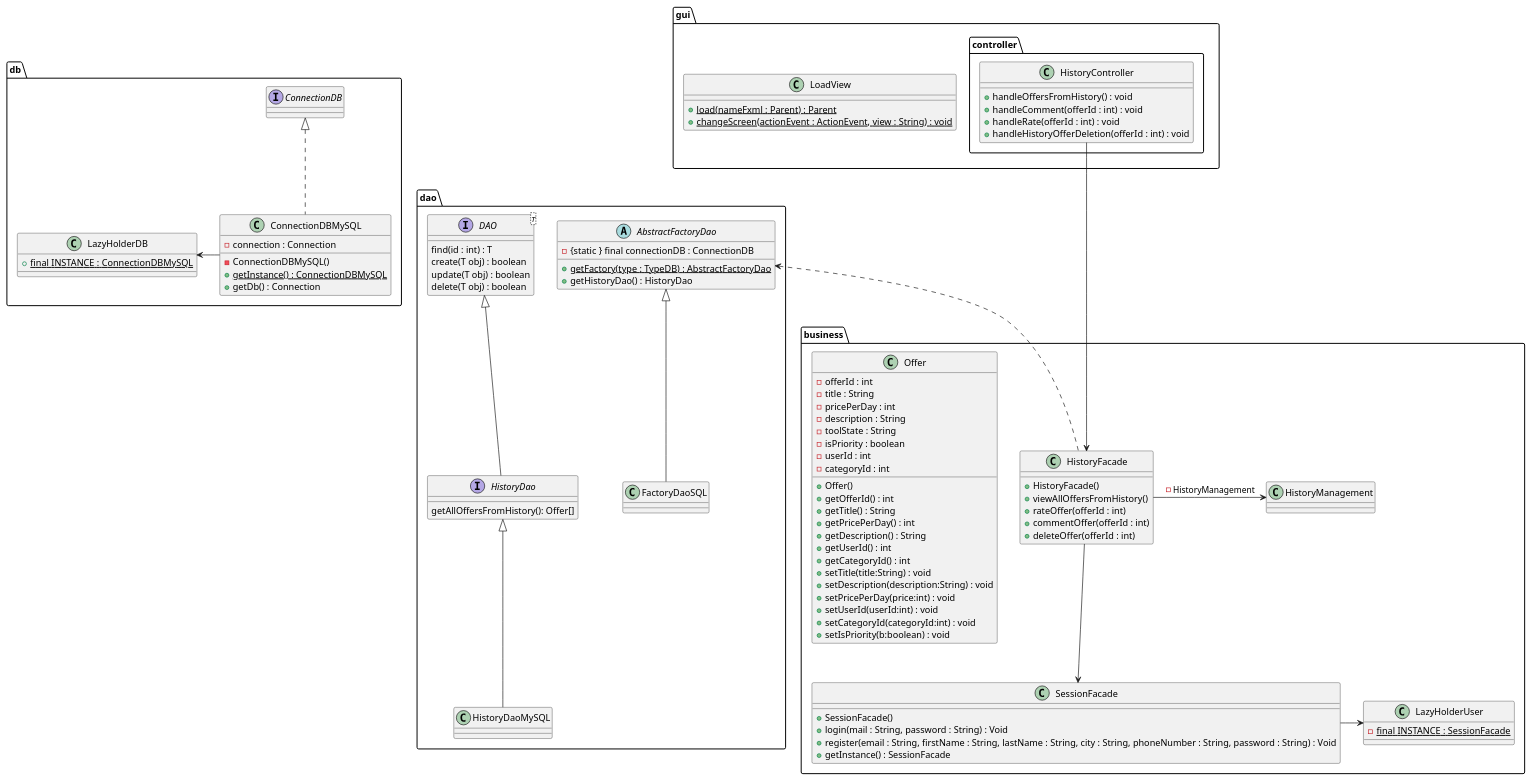
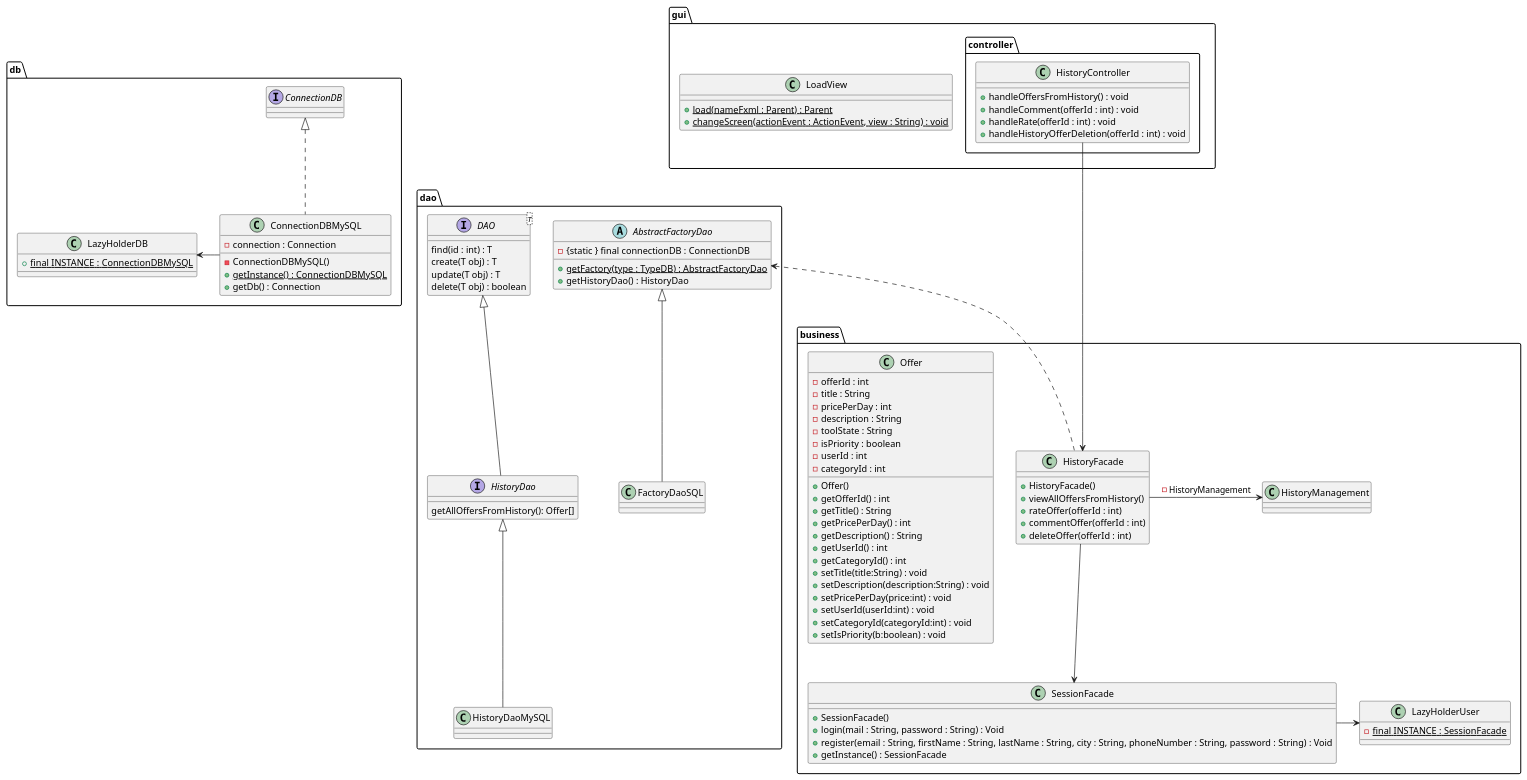
Before and after one commit to LaunoisRemy/ToolShare: the diagram in documents/diagram/history/historyClass.puml, drawn with PlantUML. The commit also changed 6 other files, not shown here.

Commit message:
Fix diagrams evaluation and dao diagrams

```diff
--- a/documents/diagram/history/historyClass.puml
+++ b/documents/diagram/history/historyClass.puml
@@ -1,124 +1,124 @@
 @startuml
 
 package dao {
 
 
     interface HistoryDao{
         getAllOffersFromHistory(): Offer[]
     }
     class HistoryDaoMySQL
     AbstractFactoryDao <|-- FactoryDaoSQL
     HistoryDao <|-- HistoryDaoMySQL
 
     interface DAO<T>{
         find(id : int) : T
-        create(T obj) : boolean
-        update(T obj) : boolean
+        create(T obj) : T
+        update(T obj) : T
         delete(T obj) : boolean
     }
 
     abstract AbstractFactoryDao{
         - {static } final connectionDB : ConnectionDB
         + {static} getFactory(type : TypeDB) : AbstractFactoryDao
         + getHistoryDao() : HistoryDao
     }
 
     class FactoryDaoSQL{
     }
 
 
     DAO <|-- HistoryDao
 }
 package db{
     class ConnectionDBMySQL{
         - connection : Connection
         - ConnectionDBMySQL()
         + {static} getInstance() : ConnectionDBMySQL
         + getDb() : Connection
     }
 
     class LazyHolderDB{
         + {static} final INSTANCE : ConnectionDBMySQL
     }
     interface ConnectionDB
     ConnectionDBMySQL -Left-> LazyHolderDB
     ConnectionDBMySQL .up.|> ConnectionDB
 
 }
 package business{
     class SessionFacade{
             + SessionFacade()
             + login(mail : String, password : String) : Void
             + register(email : String, firstName : String, lastName : String, city : String, phoneNumber : String, password : String) : Void
             + getInstance() : SessionFacade
         }
 
         class LazyHolderUser{
             -{static} final INSTANCE : SessionFacade
         }
 
         SessionFacade -> LazyHolderUser
 
 
     class HistoryFacade{
         + HistoryFacade()
         + viewAllOffersFromHistory()
         + rateOffer(offerId : int)
         + commentOffer(offerId : int)
         + deleteOffer(offerId : int)
     }
 
     class Offer{
         -offerId : int
         -title : String
         -pricePerDay : int
         -description : String
         -toolState : String
         -isPriority : boolean
         -userId : int
         -categoryId : int
         + Offer()
         + getOfferId() : int
         + getTitle() : String
         + getPricePerDay() : int
         + getDescription() : String
         + getUserId() : int
         + getCategoryId() : int
         + setTitle(title:String) : void
         + setDescription(description:String) : void
         + setPricePerDay(price:int) : void
         + setUserId(userId:int) : void
         + setCategoryId(categoryId:int) : void
         + setIsPriority(b:boolean) : void
     }
     HistoryFacade --> SessionFacade
 
     class HistoryManagement{
 
     }
 
     HistoryFacade --Right> HistoryManagement : -HistoryManagement
 }
 
 package gui{
 
     class LoadView{
         + {static} load(nameFxml : Parent) : Parent
         + {static} changeScreen(actionEvent : ActionEvent, view : String) : void
     }
 
     package controller{
         class HistoryController{
             + handleOffersFromHistory() : void
             + handleComment(offerId : int) : void
             + handleRate(offerId : int) : void
             + handleHistoryOfferDeletion(offerId : int) : void
         }
     }
 }
 HistoryFacade <--Up- HistoryController
 HistoryFacade .Up.> AbstractFactoryDao
 
 
 
 @enduml
```
